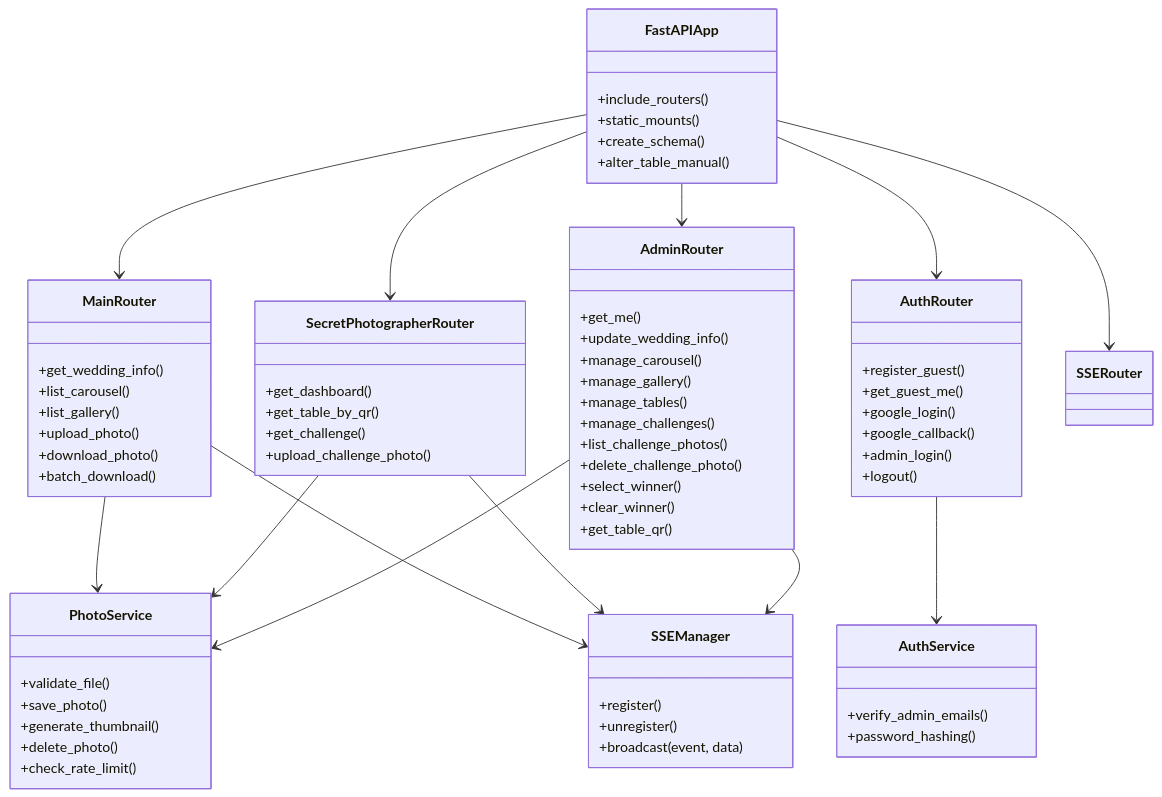
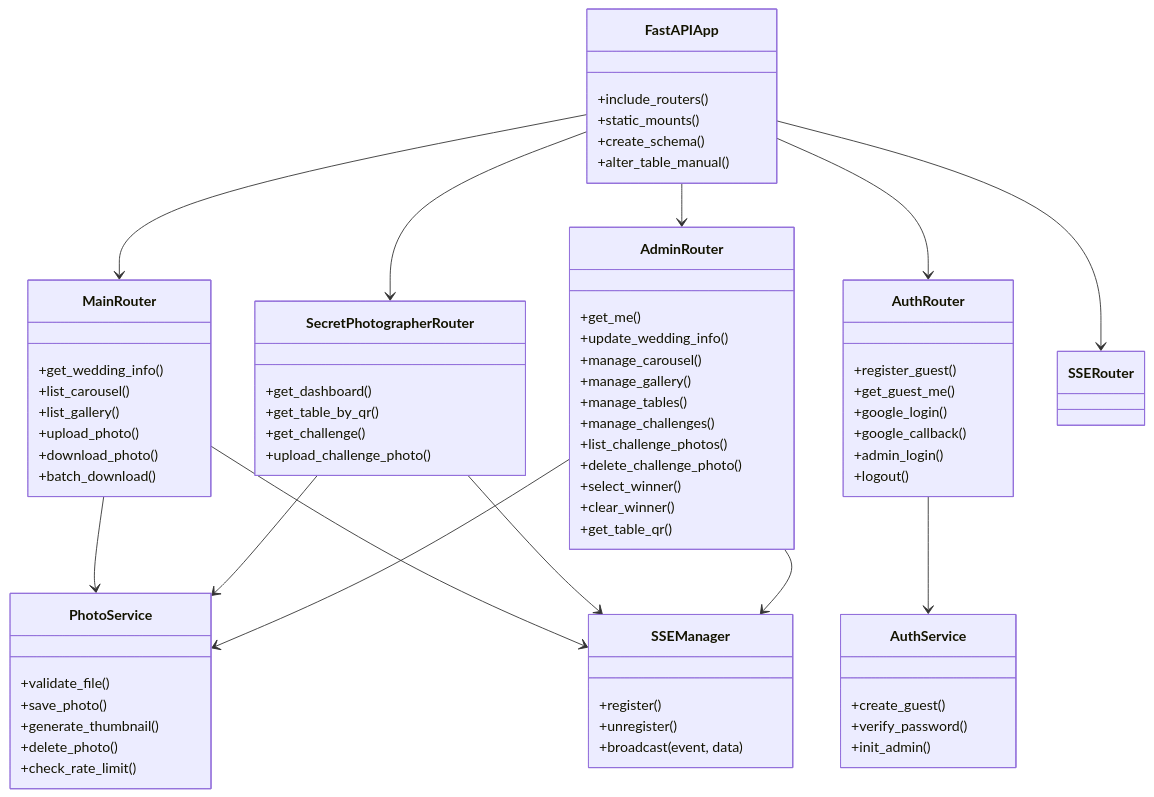
One commit to juniornff/wedding-photo-manager changed diagram 11 of 12 in README.md. Above: the diagram before and after it, drawn with Mermaid. The commit also changed other lines of this file and 11 other files, not shown here.

First line of the commit message:
roles de usuario unificados: admins como User(admin) con email+password; merge de invitado en Google login; sin modelo Admin

```diff
--- a/README.md
+++ b/README.md
@@ -467,8 +463,9 @@
     }
 
     class AuthService {
-        +verify_admin_emails()
-        +password_hashing()
+        +create_guest()
+        +verify_password()
+        +init_admin()
     }
 
     class SSEManager {
```
